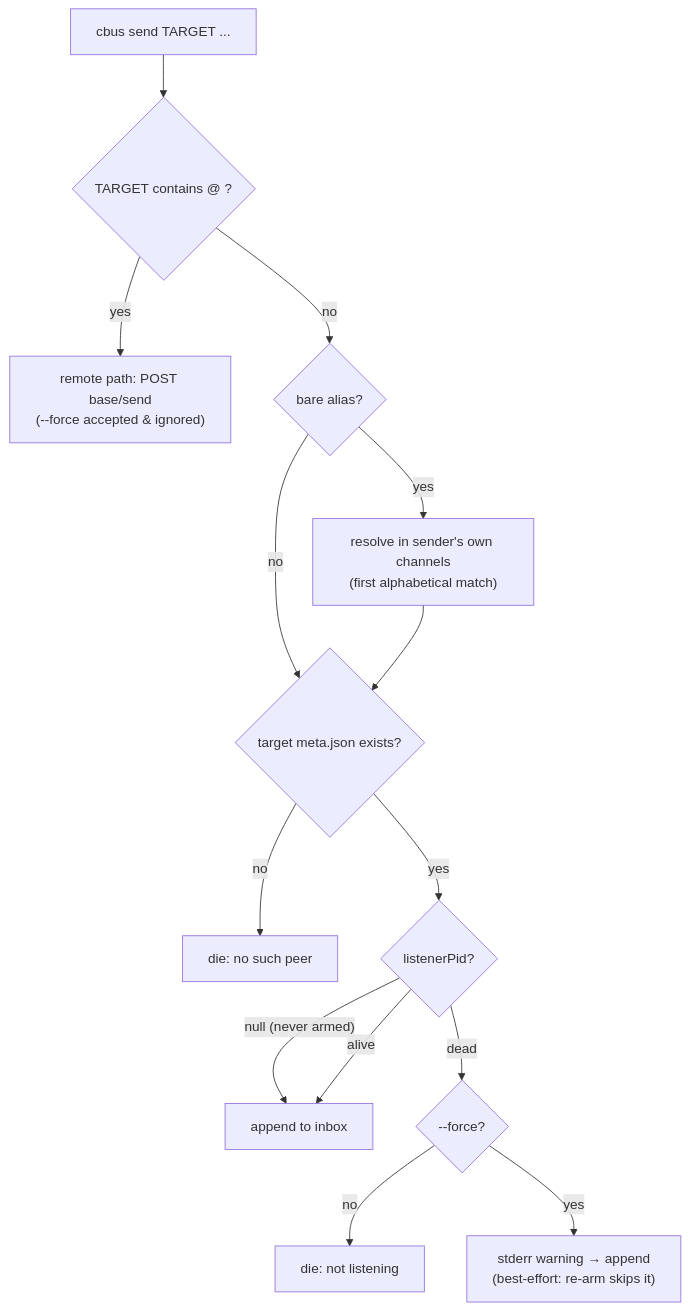
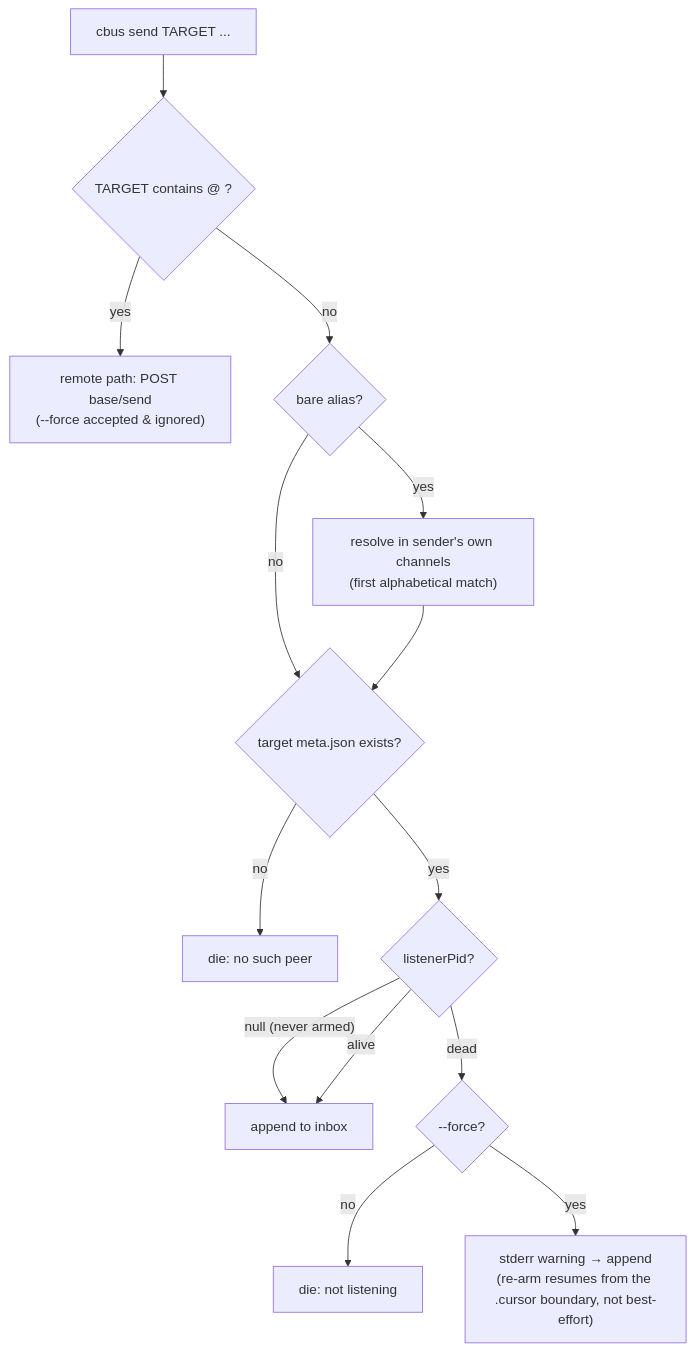
Before and after one commit to cumanzor/claudebus: the third of 6 diagrams in docs/architecture/command-reference.md, drawn with Mermaid. The commit also changed other lines of this file and 2 other files, not shown here.

First line of the commit message:
docs: correct architecture reference against v0.14.1 findings (part 2/3)

````diff
--- a/docs/architecture/command-reference.md
+++ b/docs/architecture/command-reference.md
@@ -812,16 +824,16 @@
 ```mermaid
 flowchart TD
     S["cbus send TARGET ..."] --> R{"TARGET contains @ ?"}
     R -- yes --> REM["remote path: POST base/send\n(--force accepted & ignored)"]
     R -- no --> B{"bare alias?"}
     B -- yes --> F["resolve in sender's own channels\n(first alphabetical match)"]
     B -- no --> M
     F --> M{"target meta.json exists?"}
     M -- no --> E1["die: no such peer"]
     M -- yes --> G{"listenerPid?"}
     G -- "null (never armed)" --> OK["append to inbox"]
     G -- alive --> OK
     G -- dead --> FC{"--force?"}
     FC -- no --> E2["die: not listening"]
-    FC -- yes --> W["stderr warning → append\n(best-effort: re-arm skips it)"]
+    FC -- yes --> W["stderr warning → append\n(re-arm resumes from the .cursor boundary, not best-effort)"]
 ```
````
